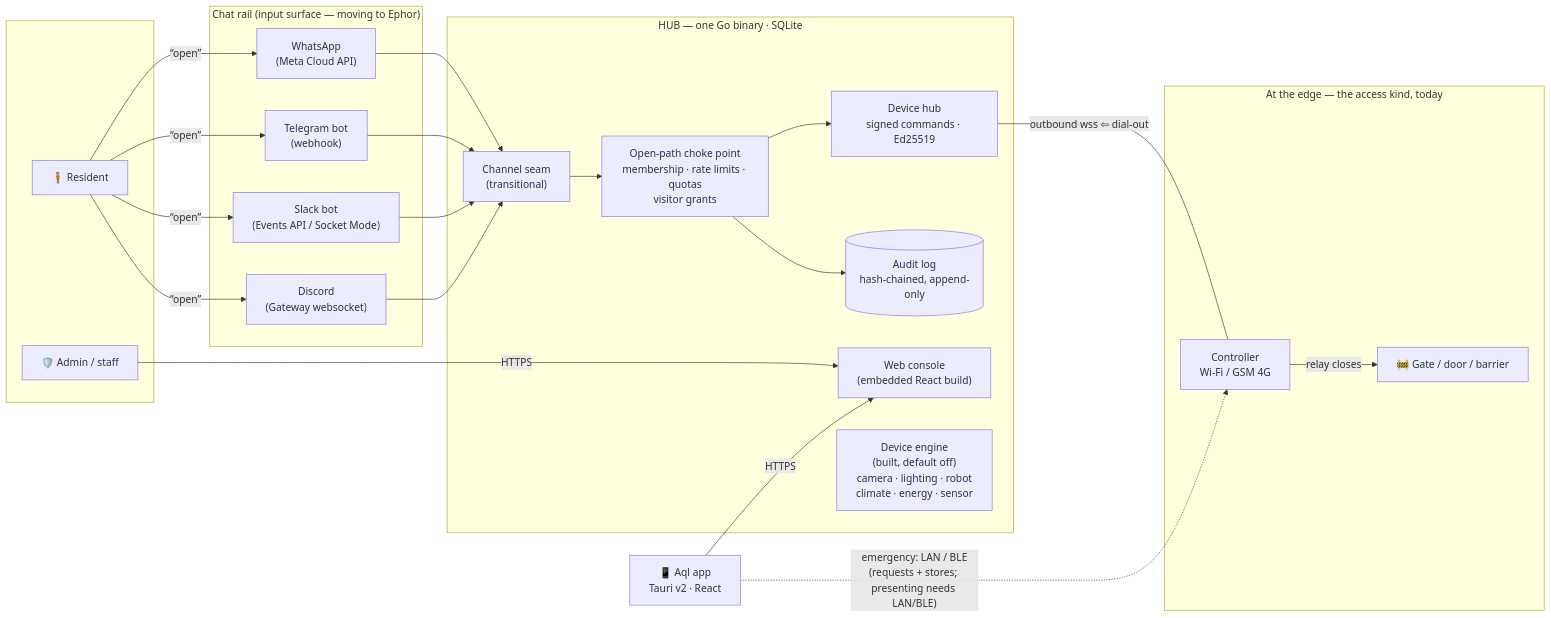
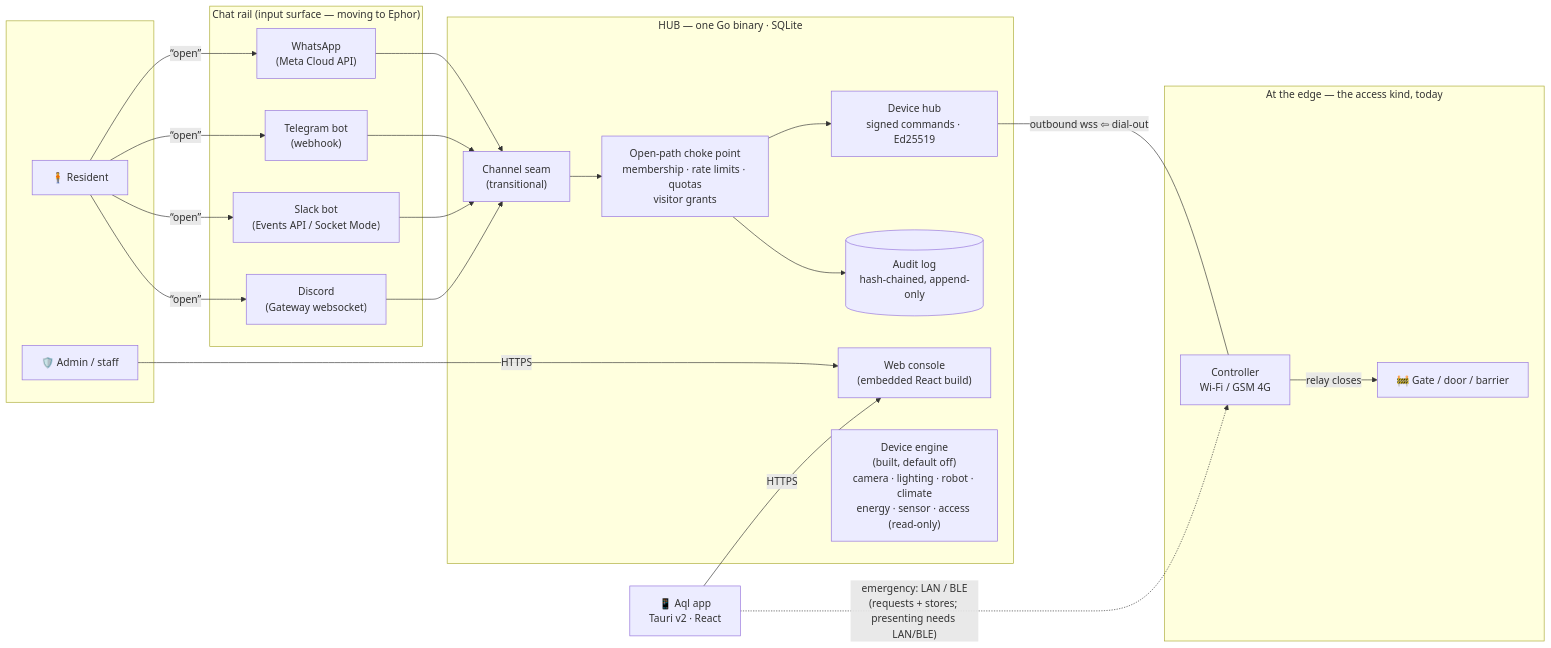
Before and after one commit to vul-os/aql: the first of 2 diagrams in ARCHITECTURE.md, drawn with Mermaid. The commit also changed 2 other files, not shown here.

First paragraph of the commit message:
Two more, and the second one is in the threat model
Last commit swept diagrams for labels saying a thing is NOT built. This one
checks the opposite direction and the same blind spot: node labels that are
wrong by omission, and prose the earlier scans' patterns walked past.

````diff
--- a/ARCHITECTURE.md
+++ b/ARCHITECTURE.md
@@ -68,41 +68,41 @@
 ```mermaid
 flowchart LR
     subgraph people [" "]
         R["🧍 Resident"]
         A["🛡️ Admin / staff"]
     end
 
     subgraph channels ["Chat rail (input surface — moving to Ephor)"]
         WA["WhatsApp<br/>(Meta Cloud API)"]
         TG["Telegram bot<br/>(webhook)"]
         SL["Slack bot<br/>(Events API / Socket Mode)"]
         DC["Discord<br/>(Gateway websocket)"]
     end
 
     subgraph gw ["HUB — one Go binary · SQLite"]
         CH["Channel seam<br/>(transitional)"]
         RE["Open-path choke point<br/>membership · rate limits · quotas<br/>visitor grants"]
         PORTAL["Web console<br/>(embedded React build)"]
         HUB["Device hub<br/>signed commands · Ed25519"]
         AUD[("Audit log<br/>hash-chained, append-only")]
-        DEV["Device engine<br/>(built, default off)<br/>camera · lighting · robot<br/>climate · energy · sensor"]
+        DEV["Device engine<br/>(built, default off)<br/>camera · lighting · robot · climate<br/>energy · sensor · access (read-only)"]
     end
 
     subgraph site ["At the edge — the access kind, today"]
         C["Controller<br/>Wi-Fi / GSM 4G"]
         G["🚧 Gate / door / barrier"]
     end
 
     APP["📱 Aql app<br/>Tauri v2 · React"]
 
     R -- "“open”" --> WA & TG & SL & DC
     WA & TG & SL & DC --> CH
     CH --> RE
     A -- HTTPS --> PORTAL
     APP -- HTTPS --> PORTAL
     RE --> HUB
     RE --> AUD
     HUB -- "outbound wss ⇦ dial-out" --- C
     C -- relay closes --> G
     APP -. "emergency: LAN / BLE<br/>(requests + stores; presenting needs LAN/BLE)" .-> C
 ```
````
